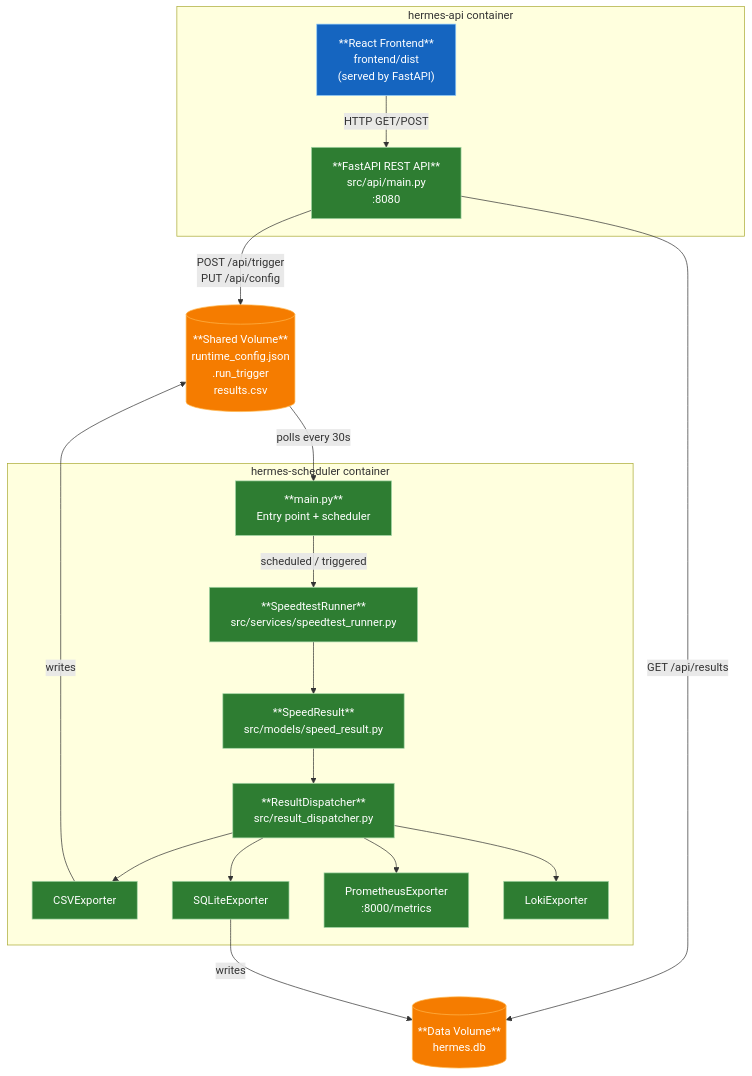
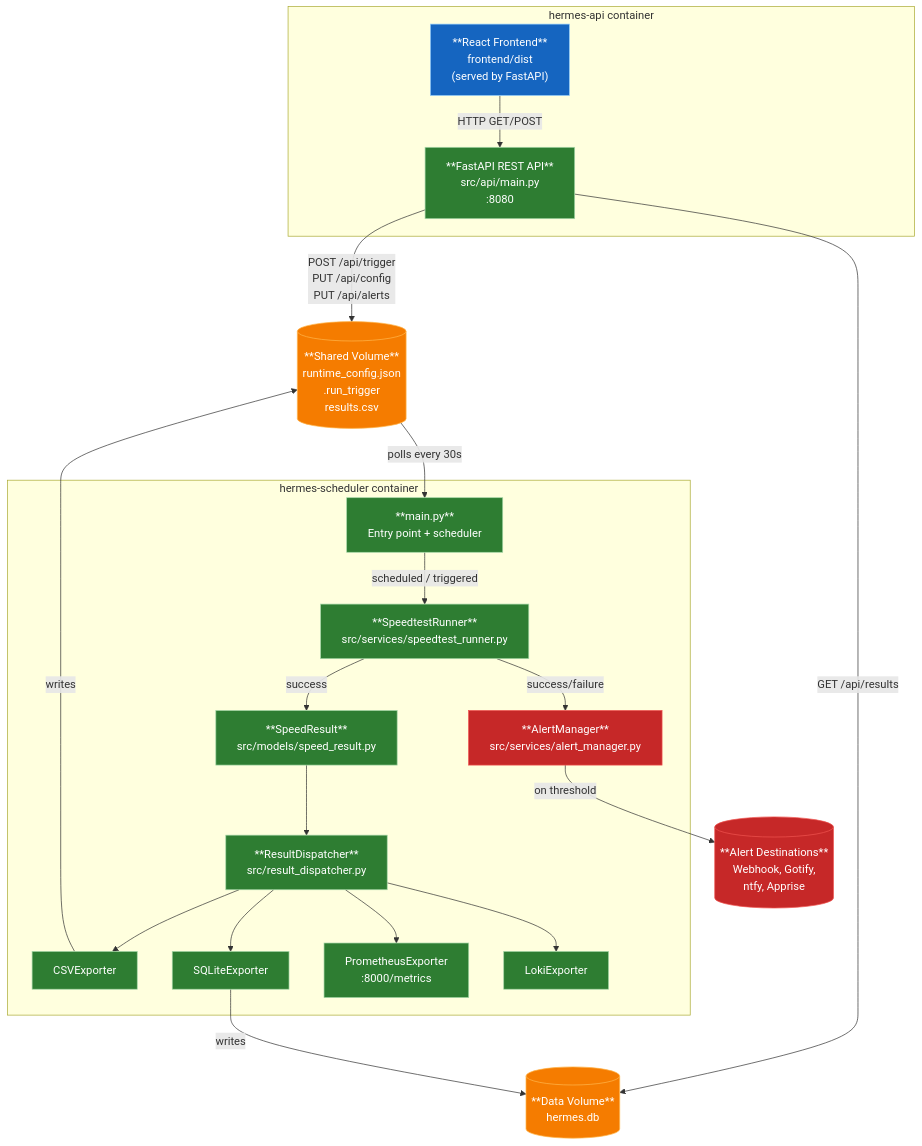
Before and after one commit to fabell4/Hermes: the first of 2 diagrams in README.md, drawn with Mermaid. The commit also changed other lines of this file and 2 other files, not shown here.

````diff
--- a/README.md
+++ b/README.md
@@ -12,48 +12,54 @@
 ```mermaid
 flowchart TD
     subgraph API_CONTAINER["hermes-api container"]
         API["**FastAPI REST API**\nsrc/api/main.py\n:8080"]
         REACT["**React Frontend**\nfrontend/dist\n(served by FastAPI)"]
     end
 
     subgraph SCHED_CONTAINER["hermes-scheduler container"]
         MAIN["**main.py**\nEntry point + scheduler"]
         RUNNER["**SpeedtestRunner**\nsrc/services/speedtest_runner.py"]
         MODEL["**SpeedResult**\nsrc/models/speed_result.py"]
         DISP["**ResultDispatcher**\nsrc/result_dispatcher.py"]
+        ALERT["**AlertManager**\nsrc/services/alert_manager.py"]
         CSV["CSVExporter"]
         SQLITE["SQLiteExporter"]
         PROM["PrometheusExporter\n:8000/metrics"]
         LOKI["LokiExporter"]
     end
 
     SHARED_VOL[("**Shared Volume**\nruntime_config.json\n.run_trigger\nresults.csv")]
     DATA_VOL[("**Data Volume**\nhermes.db")]
+    ALERT_DEST[("**Alert Destinations**\nWebhook, Gotify,\nntfy, Apprise")]
 
     REACT -- "HTTP GET/POST" --> API
-    API -- "POST /api/trigger\nPUT /api/config" --> SHARED_VOL
+    API -- "POST /api/trigger\nPUT /api/config\nPUT /api/alerts" --> SHARED_VOL
     API -- "GET /api/results" --> DATA_VOL
     SHARED_VOL -- "polls every 30s" --> MAIN
     MAIN -- "scheduled / triggered" --> RUNNER
-    RUNNER --> MODEL
+    RUNNER -- "success" --> MODEL
+    RUNNER -- "success/failure" --> ALERT
     MODEL --> DISP
     DISP --> CSV
     DISP --> SQLITE
     DISP --> PROM
     DISP --> LOKI
     CSV -- "writes" --> SHARED_VOL
     SQLITE -- "writes" --> DATA_VOL
+    ALERT -- "on threshold" --> ALERT_DEST
 
     style API fill:#2e7d32,stroke:#a5d6a7,color:#ffffff
     style REACT fill:#1565c0,stroke:#90caf9,color:#ffffff
     style MAIN fill:#2e7d32,stroke:#a5d6a7,color:#ffffff
     style RUNNER fill:#2e7d32,stroke:#a5d6a7,color:#ffffff
     style MODEL fill:#2e7d32,stroke:#a5d6a7,color:#ffffff
     style DISP fill:#2e7d32,stroke:#a5d6a7,color:#ffffff
+    style ALERT fill:#c62828,stroke:#ef5350,color:#ffffff
     style CSV fill:#2e7d32,stroke:#a5d6a7,color:#ffffff
     style SQLITE fill:#2e7d32,stroke:#a5d6a7,color:#ffffff
     style PROM fill:#2e7d32,stroke:#a5d6a7,color:#ffffff
     style LOKI fill:#2e7d32,stroke:#a5d6a7,color:#ffffff
     style SHARED_VOL fill:#f57c00,stroke:#ffb74d,color:#ffffff
     style DATA_VOL fill:#f57c00,stroke:#ffb74d,color:#ffffff
+    style ALERT_DEST fill:#c62828,stroke:#ef5350,color:#ffffff
 ```
````
